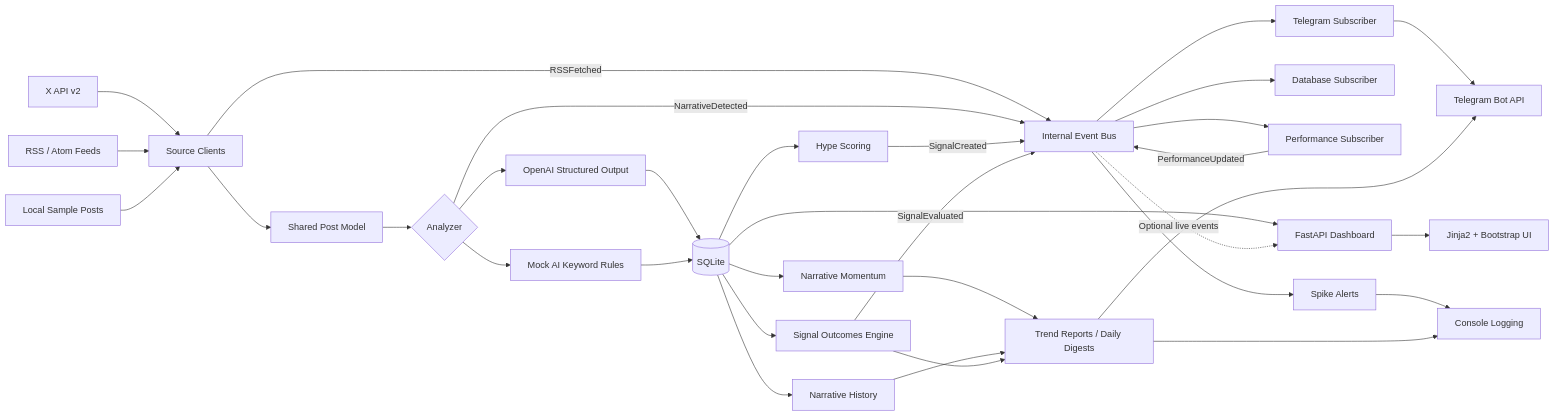
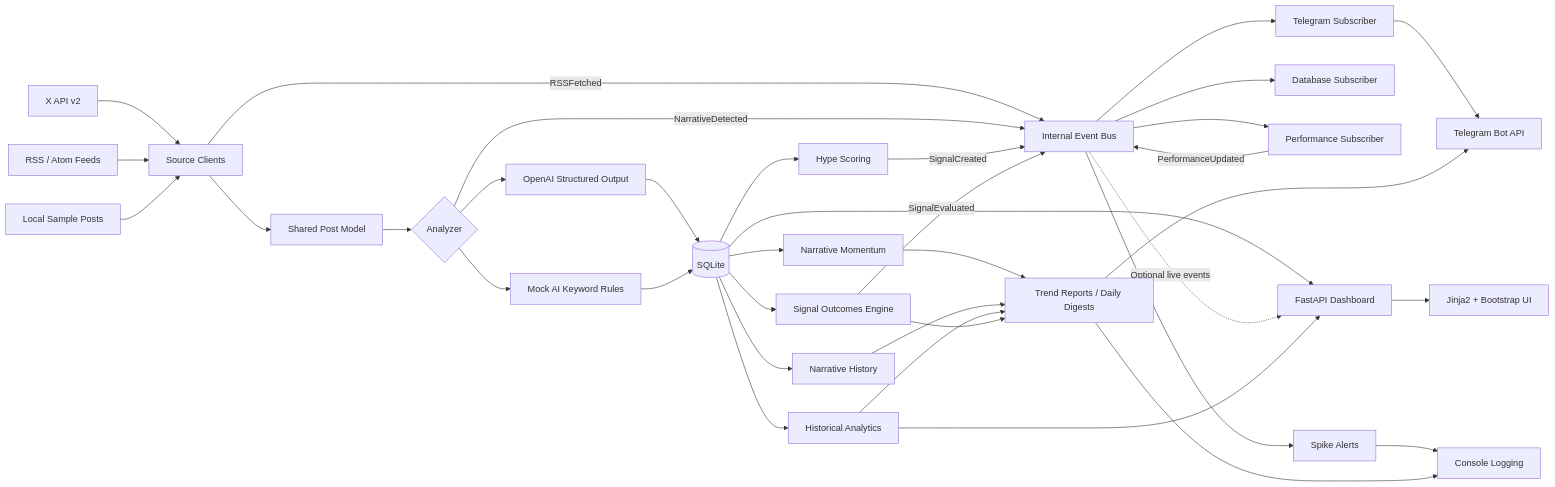
The diagram in README.md (NBSq/X-tracker), drawn with Mermaid before and after one commit. The commit also changed other lines of this file and 18 other files, not shown here.

Commit message:
Add historical trend analytics

````diff
--- a/README.md
+++ b/README.md
@@ -31,41 +31,44 @@
 ```mermaid
 flowchart LR
     X["X API v2"] --> Sources["Source Clients"]
     RSS["RSS / Atom Feeds"] --> Sources
     Local["Local Sample Posts"] --> Sources
 
     Sources --> Posts["Shared Post Model"]
     Sources -->|RSSFetched| Bus["Internal Event Bus"]
     Posts --> Analyzer{"Analyzer"}
     Analyzer --> OpenAI["OpenAI Structured Output"]
     Analyzer --> MockAI["Mock AI Keyword Rules"]
 
     OpenAI --> DB[("SQLite")]
     MockAI --> DB
     Analyzer -->|NarrativeDetected| Bus
 
     DB --> Hype["Hype Scoring"]
     DB --> Momentum["Narrative Momentum"]
     DB --> History["Narrative History"]
+    DB --> Historical["Historical Analytics"]
     DB --> Outcomes["Signal Outcomes Engine"]
     DB --> Dashboard["FastAPI Dashboard"]
 
     Hype -->|SignalCreated| Bus
     Outcomes -->|SignalEvaluated| Bus
     Bus --> Storage["Database Subscriber"]
     Bus --> Performance["Performance Subscriber"]
     Bus --> Telegram["Telegram Subscriber"]
     Performance -->|PerformanceUpdated| Bus
     Bus -. Optional live events .-> Dashboard
 
     Bus --> Alerts["Spike Alerts"]
     Momentum --> Reports["Trend Reports / Daily Digests"]
     History --> Reports
+    Historical --> Reports
+    Historical --> Dashboard
     Outcomes --> Reports
 
     Alerts --> Console["Console Logging"]
     Telegram --> TelegramAPI["Telegram Bot API"]
     Reports --> Console
     Reports --> TelegramAPI
     Dashboard --> Browser["Jinja2 + Bootstrap UI"]
 ```
````
